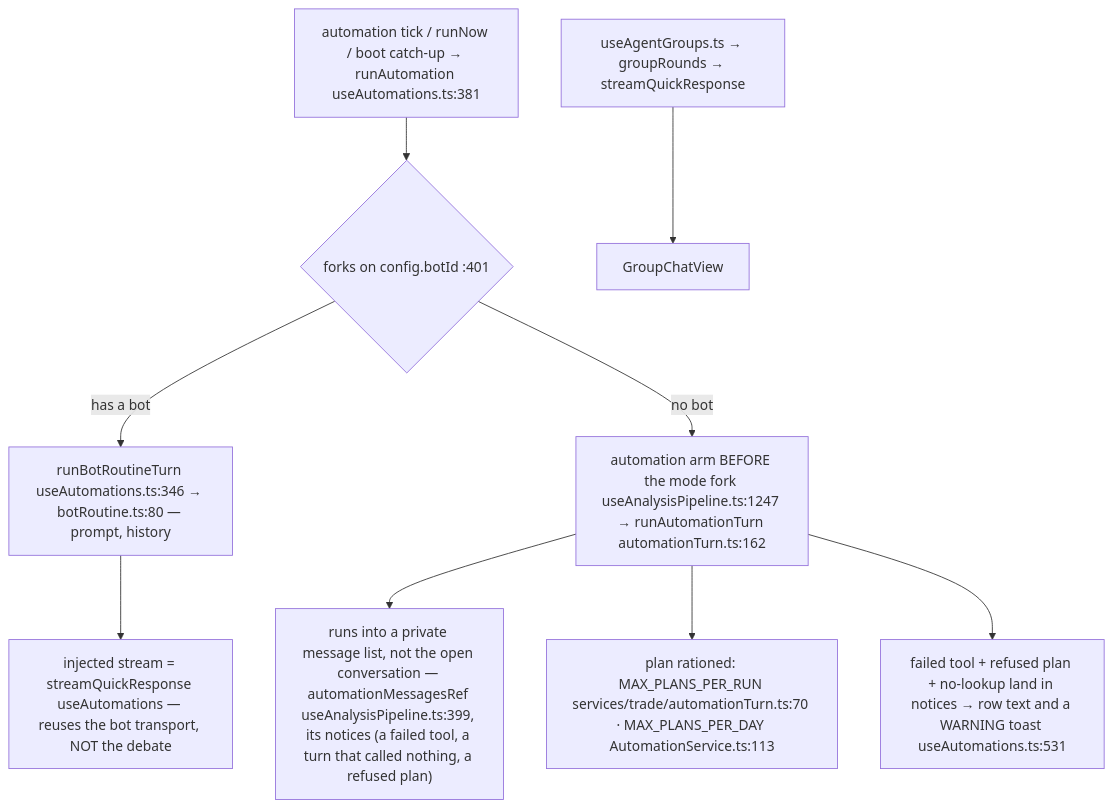
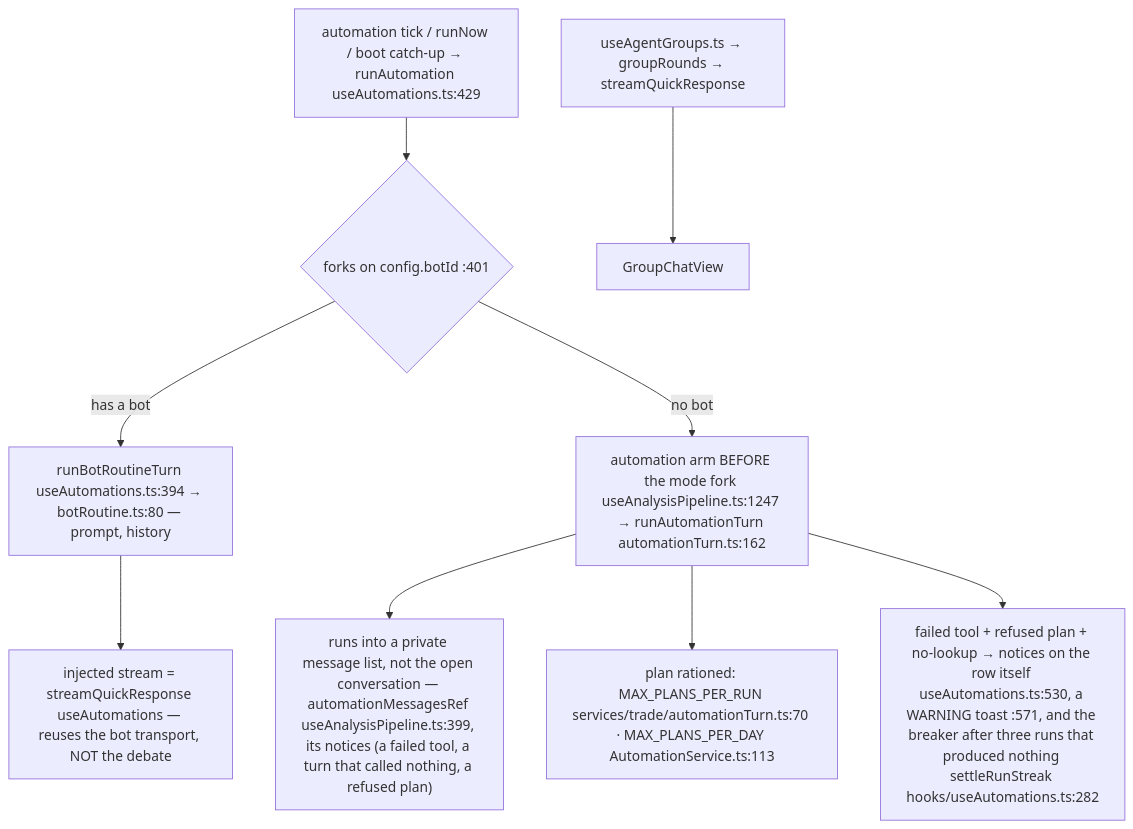
The fifth of 8 diagrams in docs/app-flow.md (Acepay25/august-3.5), drawn with Mermaid before and after one commit. The commit also changed other lines of this file and 16 other files, not shown here.

````diff
--- a/docs/app-flow.md
+++ b/docs/app-flow.md
@@ -399,11 +399,11 @@
 ```mermaid
 flowchart TD
-    TK["automation tick / runNow / boot catch-up → runAutomation useAutomations.ts:381"] --> D{"forks on config.botId :401"}
-    D -->|has a bot| BR["runBotRoutineTurn useAutomations.ts:346 → botRoutine.ts:80 — prompt, history"]
+    TK["automation tick / runNow / boot catch-up → runAutomation useAutomations.ts:429"] --> D{"forks on config.botId :401"}
+    D -->|has a bot| BR["runBotRoutineTurn useAutomations.ts:394 → botRoutine.ts:80 — prompt, history"]
     BR --> ST["injected stream = streamQuickResponse useAutomations — reuses the bot transport, NOT the debate"]
     D -->|no bot| AT["automation arm BEFORE the mode fork useAnalysisPipeline.ts:1247 → runAutomationTurn automationTurn.ts:162"]
     AT --> PRIV["runs into a private message list, not the open conversation — automationMessagesRef useAnalysisPipeline.ts:399, its notices (a failed tool, a turn that called nothing, a refused plan)"]
     AT --> CAP["plan rationed: MAX_PLANS_PER_RUN services/trade/automationTurn.ts:70 · MAX_PLANS_PER_DAY AutomationService.ts:113"]
-    AT --> FAIL["failed tool + refused plan + no-lookup land in notices → row text and a WARNING toast useAutomations.ts:531"]
+    AT --> FAIL["failed tool + refused plan + no-lookup → notices on the row itself useAutomations.ts:530, a WARNING toast :571, and the breaker after three runs that produced nothing settleRunStreak hooks/useAutomations.ts:282"]
     GR["useAgentGroups.ts → groupRounds → streamQuickResponse"] --> GV["GroupChatView"]
 ```
````
